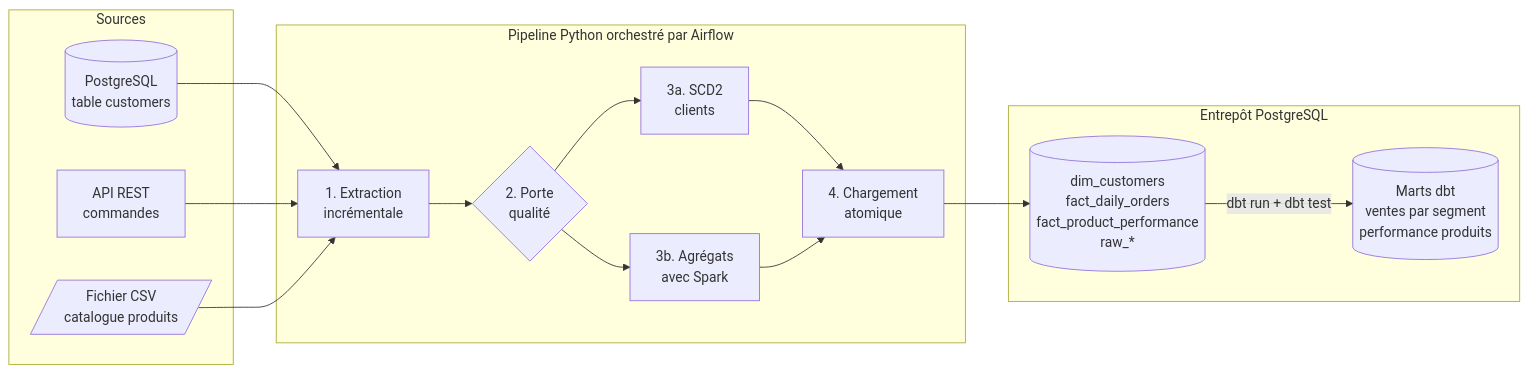
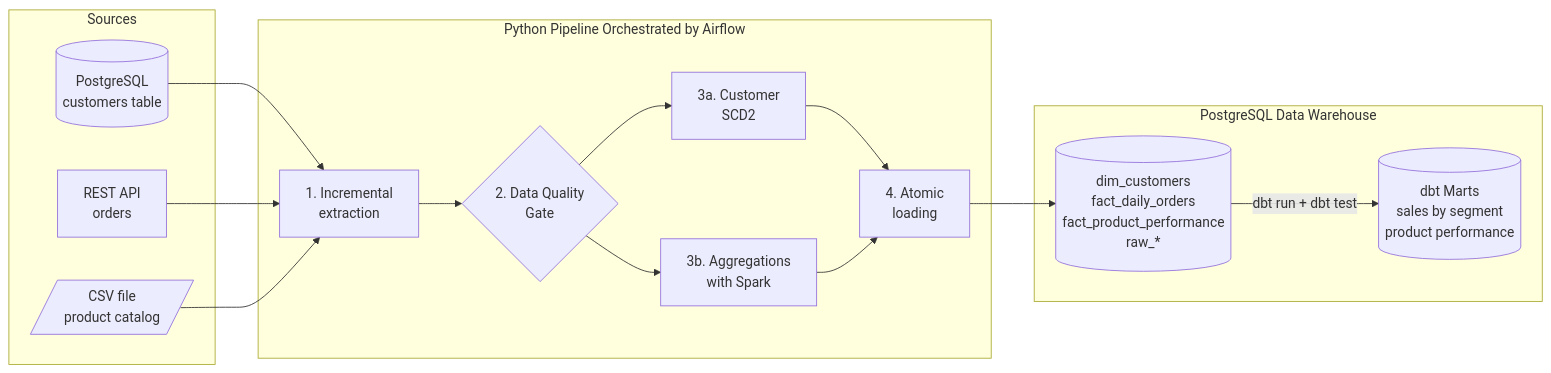
The diagram in README.md (Gildas-EDEN/ecommerce-data-pipeline), drawn with Mermaid before and after one commit. The commit also changed other lines of this file, not shown here.

````diff
--- a/README.md
+++ b/README.md
@@ -9,26 +13,29 @@
-```mermaid
+``` mermaid
 flowchart LR
     subgraph S[Sources]
-        DB[(PostgreSQL<br/>table customers)]
-        API[API REST<br/>commandes]
-        CSV[/Fichier CSV<br/>catalogue produits/]
+        DB[(PostgreSQL<br/>customers table)]
+        API[REST API<br/>orders]
+        CSV[/CSV file<br/>product catalog/]
     end
-    subgraph P[Pipeline Python orchestré par Airflow]
-        E[1. Extraction<br/>incrémentale]
-        V{2. Porte<br/>qualité}
-        SC[3a. SCD2<br/>clients]
-        SP[3b. Agrégats<br/>avec Spark]
-        L[4. Chargement<br/>atomique]
+
+    subgraph P[Python Pipeline Orchestrated by Airflow]
+        E[1. Incremental<br/>extraction]
+        V{2. Data Quality<br/>Gate}
+        SC[3a. Customer<br/>SCD2]
+        SP[3b. Aggregations<br/>with Spark]
+        L[4. Atomic<br/>loading]
     end
-    subgraph W[Entrepôt PostgreSQL]
+
+    subgraph W[PostgreSQL Data Warehouse]
         T[(dim_customers<br/>fact_daily_orders<br/>fact_product_performance<br/>raw_*)]
-        M[(Marts dbt<br/>ventes par segment<br/>performance produits)]
+        M[(dbt Marts<br/>sales by segment<br/>product performance)]
     end
+
     DB --> E
     API --> E
     CSV --> E
     E --> V
     V --> SC --> L
     V --> SP --> L
     L --> T -->|dbt run + dbt test| M
 ```
````
